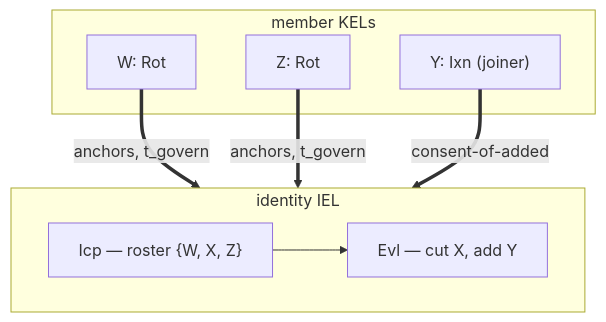
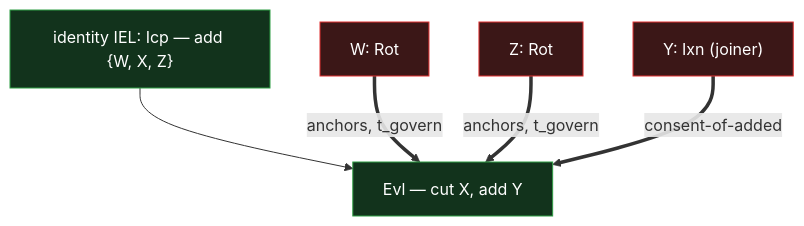
One commit to jasoncolburne/vdti changed the second of 4 diagrams in docs/design/primitives/data/event-logs/event-shape.md. Above: the diagram before and after it, drawn with Mermaid. The commit also changed other lines of this file and 13 other files, not shown here.

Commit message:
VDTI-10: Fix table, diagrams, other defects

````diff
--- a/docs/design/primitives/data/event-logs/event-shape.md
+++ b/docs/design/primitives/data/event-logs/event-shape.md
@@ -392,15 +423,12 @@
 ```mermaid
 flowchart TB
-  subgraph IEL["identity IEL"]
-    direction LR
-    iIcp["Icp — roster {W, X, Z}"] --> iEvl["Evl — cut X, add Y"]
-  end
-  subgraph KELs["member KELs"]
-    wRot["W: Rot"]
-    zRot["Z: Rot"]
-    yIxn["Y: Ixn (joiner)"]
-  end
+  iIcp["identity IEL: Icp — add {W, X, Z}"]:::iel --> iEvl["Evl — cut X, add Y"]:::iel
+  wRot["W: Rot"]:::kel
+  zRot["Z: Rot"]:::kel
+  yIxn["Y: Ixn (joiner)"]:::kel
   wRot ==>|anchors, t_govern| iEvl
   zRot ==>|anchors, t_govern| iEvl
   yIxn ==>|consent-of-added| iEvl
+  classDef kel fill:#3b1717,stroke:#e03131,color:#fff
+  classDef iel fill:#12331c,stroke:#2f9e44,color:#fff
 ```
````
